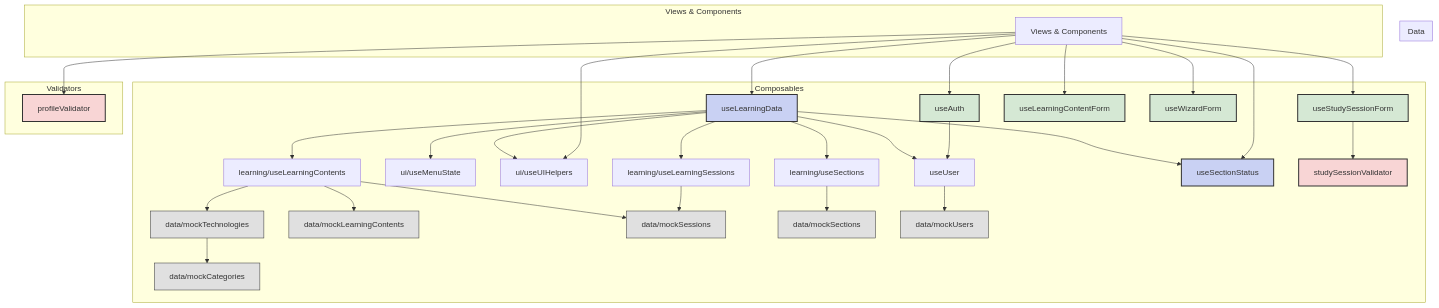
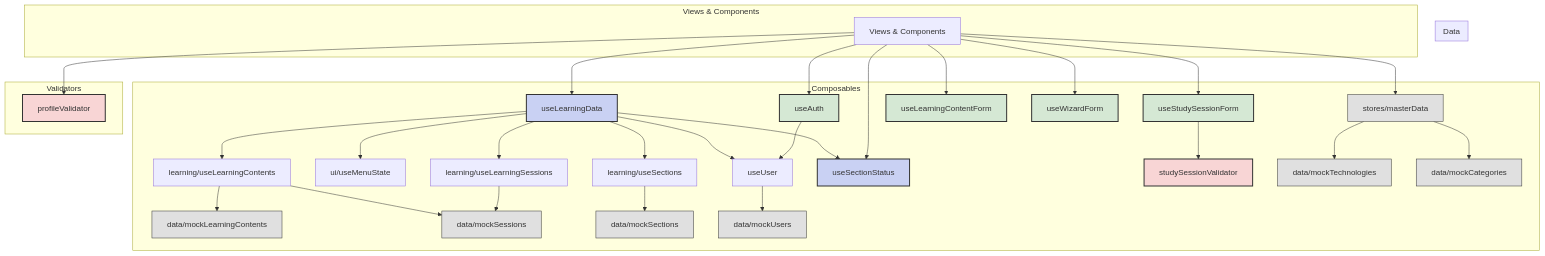
One commit to SHUN5872698/learn-track-pro changed the diagram in .gemini/docs/architectures/Vueアプリケーションディレクトリ構造.md. Above: the diagram before and after it, drawn with Mermaid. The commit also changed other lines of this file and 2 other files, not shown here.

Commit message:
docs: アーキテクチャとタスクドキュメントを更新
LaravelおよびVueアプリケーションのディレクトリ構造ドキュメントを更新し、事前準備タスクリストの進捗を反映
- Laravelディレクトリ構造ドキュメントの更新
- Vueアプリケーションディレクトリ構造ドキュメントの更新
- 事前準備タスクリストの進捗反映

````diff
--- a/.gemini/docs/architectures/Vueアプリケーションディレクトリ構造.md
+++ b/.gemini/docs/architectures/Vueアプリケーションディレクトリ構造.md
@@ -155,68 +157,69 @@
 ```mermaid
 graph TD
     subgraph Composables
         A[useLearningData] --> B[useUser]
         A --> C[ui/useMenuState]
-        A --> D[ui/useUIHelpers]
         A --> E[learning/useLearningContents]
         A --> F[learning/useSections]
         A --> G[learning/useLearningSessions]
         A --> P[useSectionStatus]
 
-        E --> H[data/mockTechnologies]
         E --> I[data/mockLearningContents]
         E --> J[data/mockSessions]
 
         F --> K[data/mockSections]
 
         G --> J
 
         L[useAuth] --> B
         M[useStudySessionForm] --> N[validators/studySessionValidator]
         O[useLearningContentForm]
         Q[useWizardForm]
 
         B --> R[data/mockUsers]
-        H --> S[data/mockCategories]
+        S[stores/masterData] --> H[data/mockTechnologies]
+        S --> S2[data/mockCategories]
+
     end
 
     subgraph Data
         H
         I
         J
         K
         R
-        S
+        S2
     end
 
     subgraph Validators
         N[studySessionValidator]
         T[profileValidator]
     end
 
     subgraph Views & Components
         V[Views & Components] --> A
         V --> L
         V --> M
         V --> O
         V --> Q
         V --> P
-        V --> D
         V --> T
+        V --> S
     end
 
     style A fill:#c9d1f3,stroke:#333,stroke-width:2px
     style L fill:#d5e8d4,stroke:#333,stroke-width:2px
     style M fill:#d5e8d4,stroke:#333,stroke-width:2px
     style P fill:#c9d1f3,stroke:#333,stroke-width:2px
     style O fill:#d5e8d4,stroke:#333,stroke-width:2px
     style Q fill:#d5e8d4,stroke:#333,stroke-width:2px
     style N fill:#f8d5d5,stroke:#333,stroke-width:2px
     style T fill:#f8d5d5,stroke:#333,stroke-width:2px
     style H fill:#e0e0e0,stroke:#333,stroke-width:1px
     style I fill:#e0e0e0,stroke:#333,stroke-width:1px
     style J fill:#e0e0e0,stroke:#333,stroke-width:1px
     style K fill:#e0e0e0,stroke:#333,stroke-width:1px
     style R fill:#e0e0e0,stroke:#333,stroke-width:1px
+    style S2 fill:#e0e0e0,stroke:#333,stroke-width:1px
     style S fill:#e0e0e0,stroke:#333,stroke-width:1px
 ```
````
